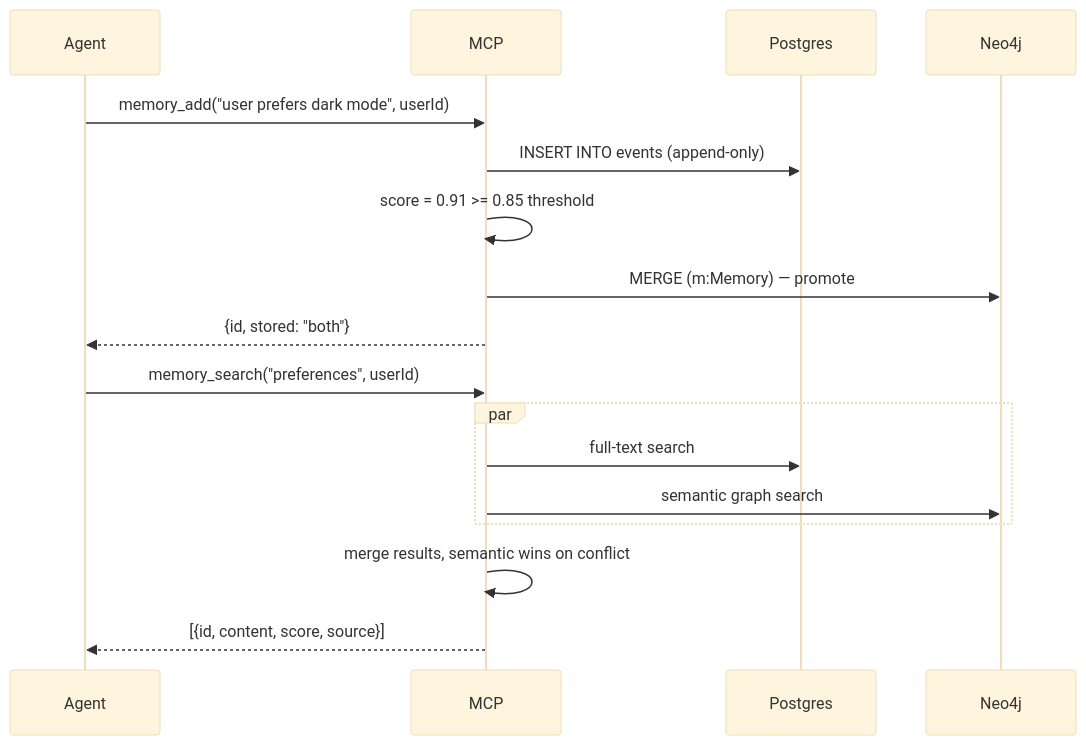
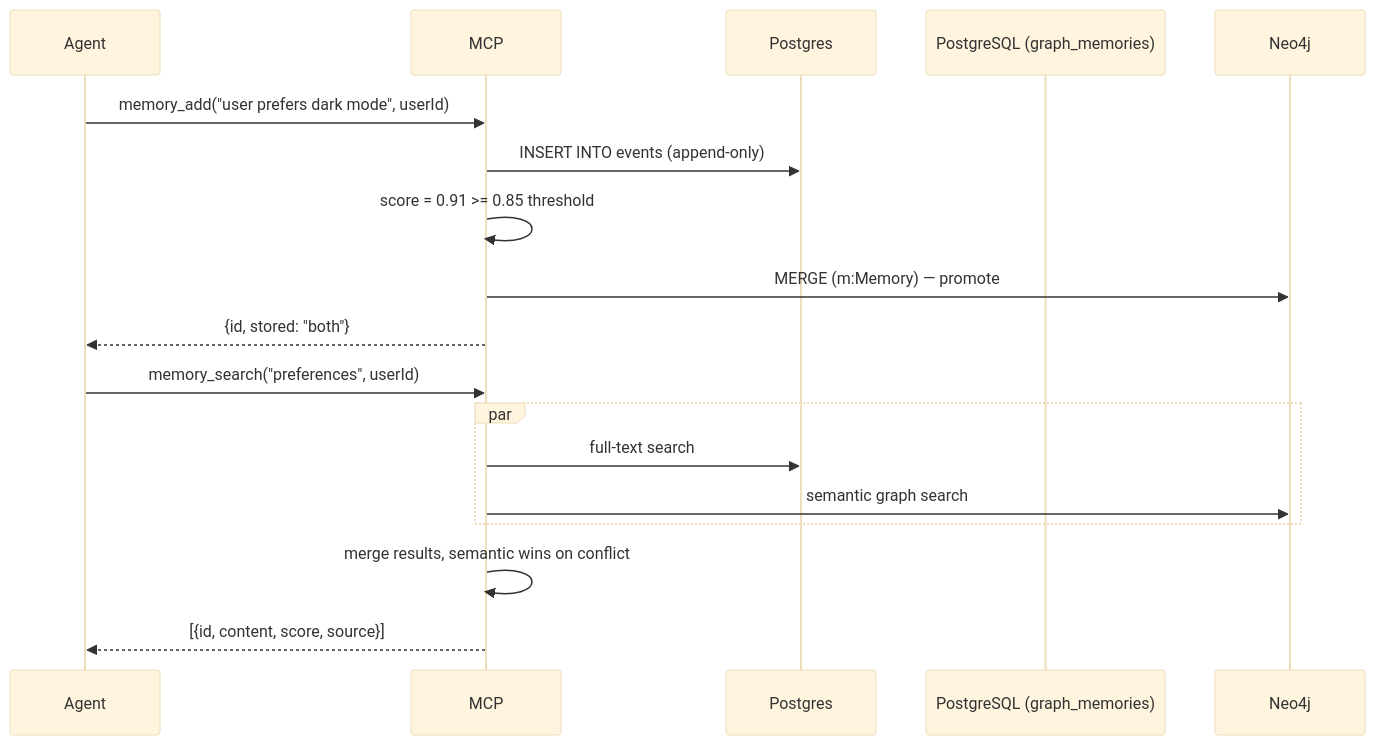
Before and after one commit to Allura-Ecosystem/Allura_Memory: the third of 5 diagrams in docs/allura/BLUEPRINT.md, drawn with Mermaid (base theme). The commit also changed other lines of this file and 26 other files, not shown here.

````diff
--- a/docs/allura/BLUEPRINT.md
+++ b/docs/allura/BLUEPRINT.md
@@ -468,21 +468,21 @@
 ```mermaid
 sequenceDiagram
     participant Agent
     participant MCP
     participant Postgres
-    participant Neo4j
+    participant PostgreSQL (graph_memories)
 
     Agent->>MCP: memory_add("user prefers dark mode", userId)
     MCP->>Postgres: INSERT INTO events (append-only)
     MCP->>MCP: score = 0.91 >= 0.85 threshold
     MCP->>Neo4j: MERGE (m:Memory) — promote
     MCP-->>Agent: {id, stored: "both"}
 
     Agent->>MCP: memory_search("preferences", userId)
     par
         MCP->>Postgres: full-text search
         MCP->>Neo4j: semantic graph search
     end
     MCP->>MCP: merge results, semantic wins on conflict
     MCP-->>Agent: [{id, content, score, source}]
 ```
````
